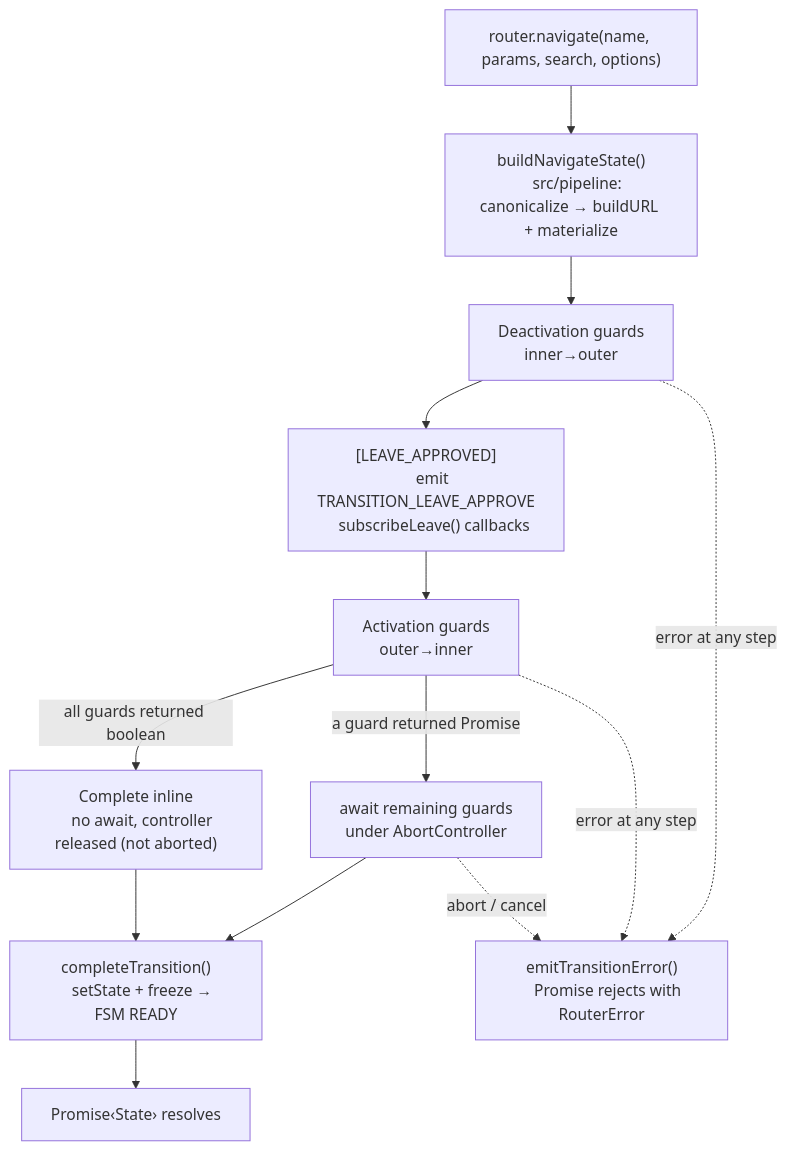
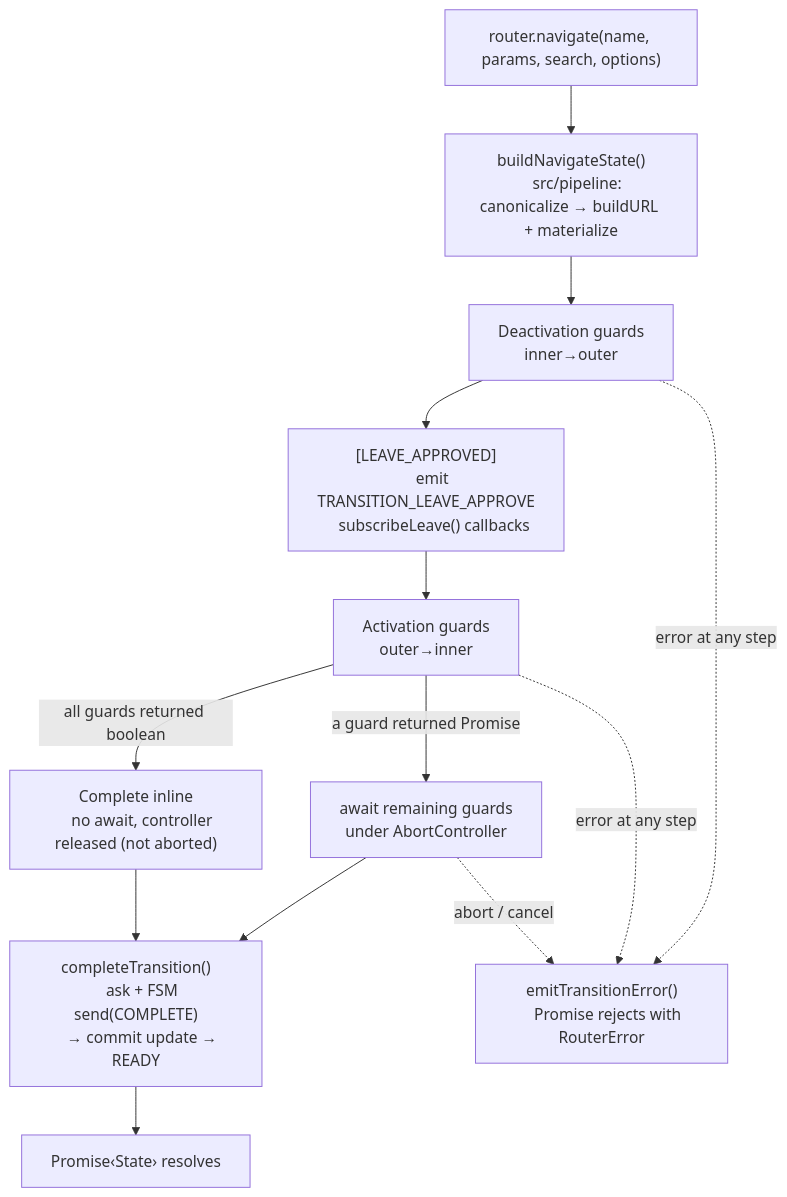
One commit to greydragon888/real-router changed the third of 3 diagrams in ARCHITECTURE.md. Above: the diagram before and after it, drawn with Mermaid. The commit also changed other lines of this file and 8 other files, not shown here.

````diff
--- a/ARCHITECTURE.md
+++ b/ARCHITECTURE.md
@@ -291,35 +298,36 @@
 ```mermaid
 flowchart TD
     NAV["router.navigate(name, params, search, options)"] --> BUILD
     BUILD["buildNavigateState()
     src/pipeline: canonicalize → buildURL + materialize"] --> DEACTIVATE
     DEACTIVATE["Deactivation guards
     inner→outer"]
 
     DEACTIVATE --> LEAVE["[LEAVE_APPROVED]
     emit TRANSITION_LEAVE_APPROVE
     subscribeLeave() callbacks"]
 
     LEAVE --> ACTIVATE["Activation guards
     outer→inner"]
 
     ACTIVATE -->|all guards returned boolean| SYNC
     ACTIVATE -->|a guard returned Promise| ASYNC
 
     SYNC["Complete inline
     no await, controller released (not aborted)"]
     ASYNC["await remaining guards
     under AbortController"]
 
     SYNC --> COMPLETE
     ASYNC --> COMPLETE
 
     COMPLETE["completeTransition()
-    setState + freeze → FSM READY"]
+    ask + FSM send(COMPLETE)
+    → commit update → READY"]
     COMPLETE --> RESOLVE["Promise‹State› resolves"]
 
     DEACTIVATE -.->|error at any step| ERR["emitTransitionError()
     Promise rejects with RouterError"]
     ACTIVATE -.->|error at any step| ERR
     ASYNC -.->|abort / cancel| ERR
 ```
````
